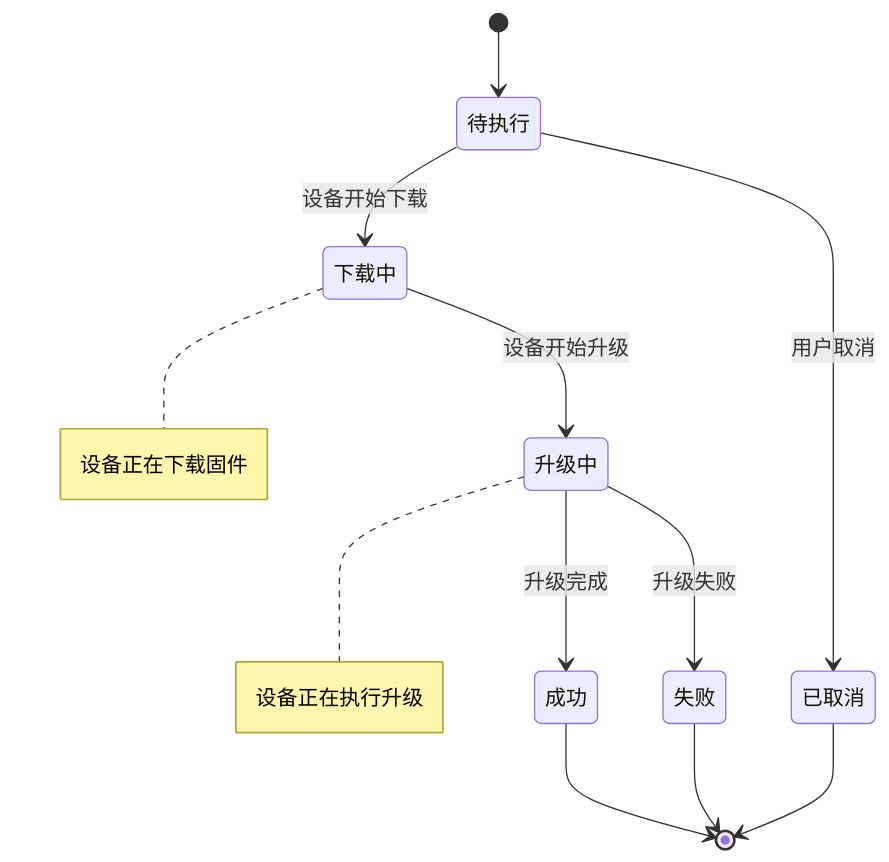
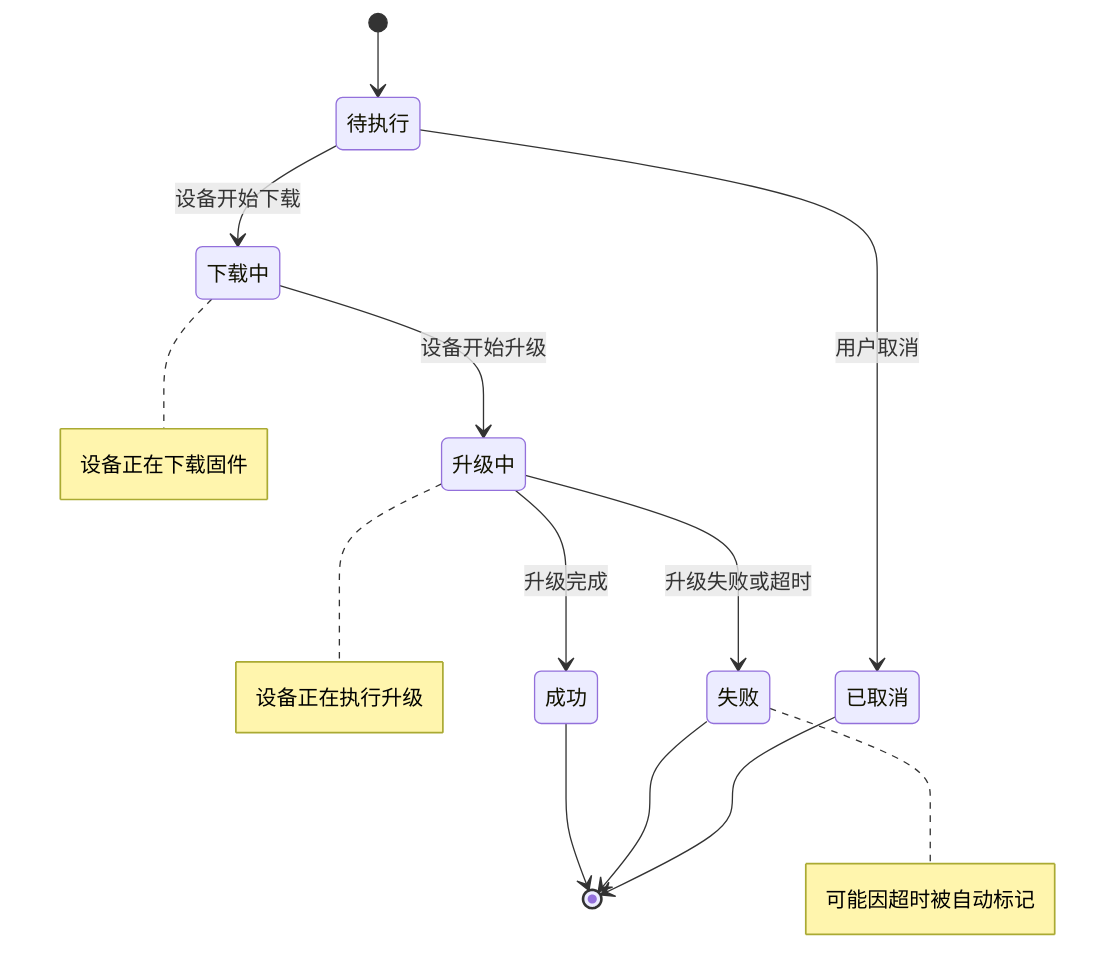
One commit to mcmrzy/cs_inv_monitor-develop changed the tenth of 22 diagrams in .qoder/repowiki/zh/content/OTA升级系统/OTA任务调度/OTA任务调度.md. Above: the diagram before and after it, drawn with Mermaid. The commit also changed other lines of this file and 28 other files, not shown here.

````diff
--- a/.qoder/repowiki/zh/content/OTA升级系统/OTA任务调度/OTA任务调度.md
+++ b/.qoder/repowiki/zh/content/OTA升级系统/OTA任务调度/OTA任务调度.md
@@ -522,14 +553,15 @@
 ```mermaid
 stateDiagram-v2
 [*] --> 待执行
 待执行 --> 下载中 : 设备开始下载
 下载中 --> 升级中 : 设备开始升级
 升级中 --> 成功 : 升级完成
-升级中 --> 失败 : 升级失败
+升级中 --> 失败 : 升级失败或超时
 待执行 --> 已取消 : 用户取消
 成功 --> [*]
 失败 --> [*]
 已取消 --> [*]
 note right of 下载中 : 设备正在下载固件
 note right of 升级中 : 设备正在执行升级
+note right of 失败 : 可能因超时被自动标记
 ```
````
